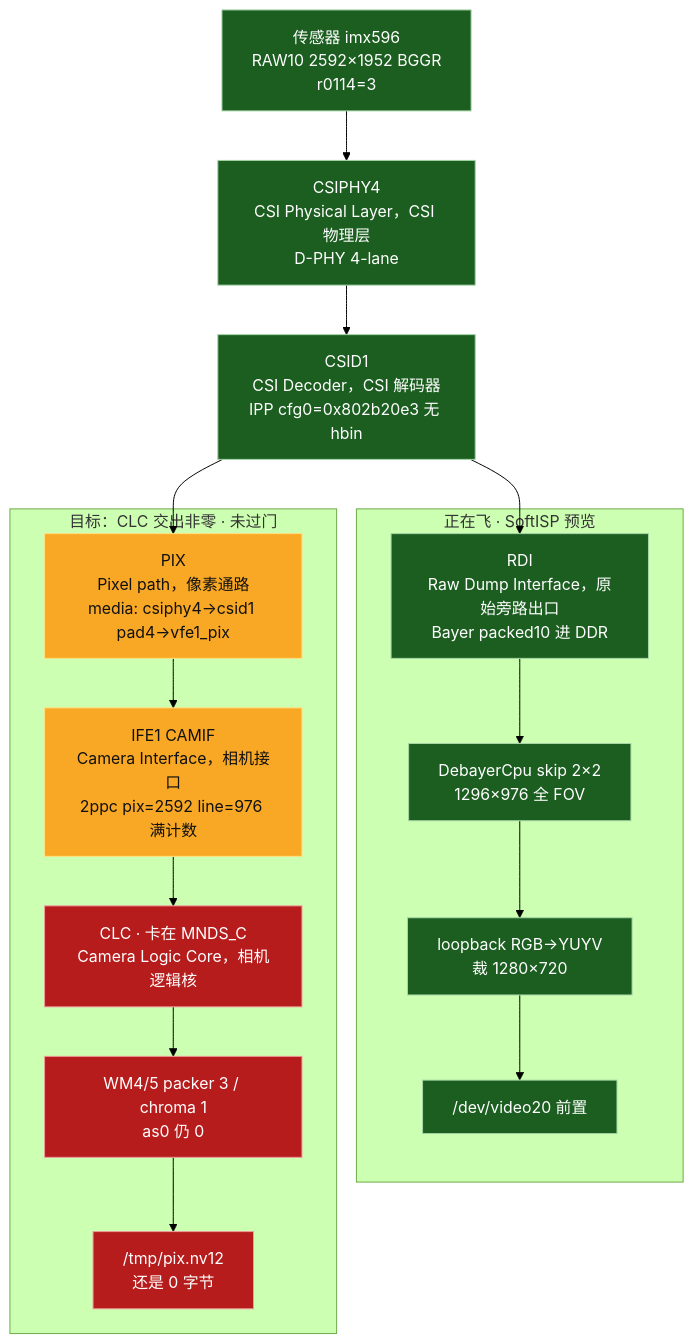
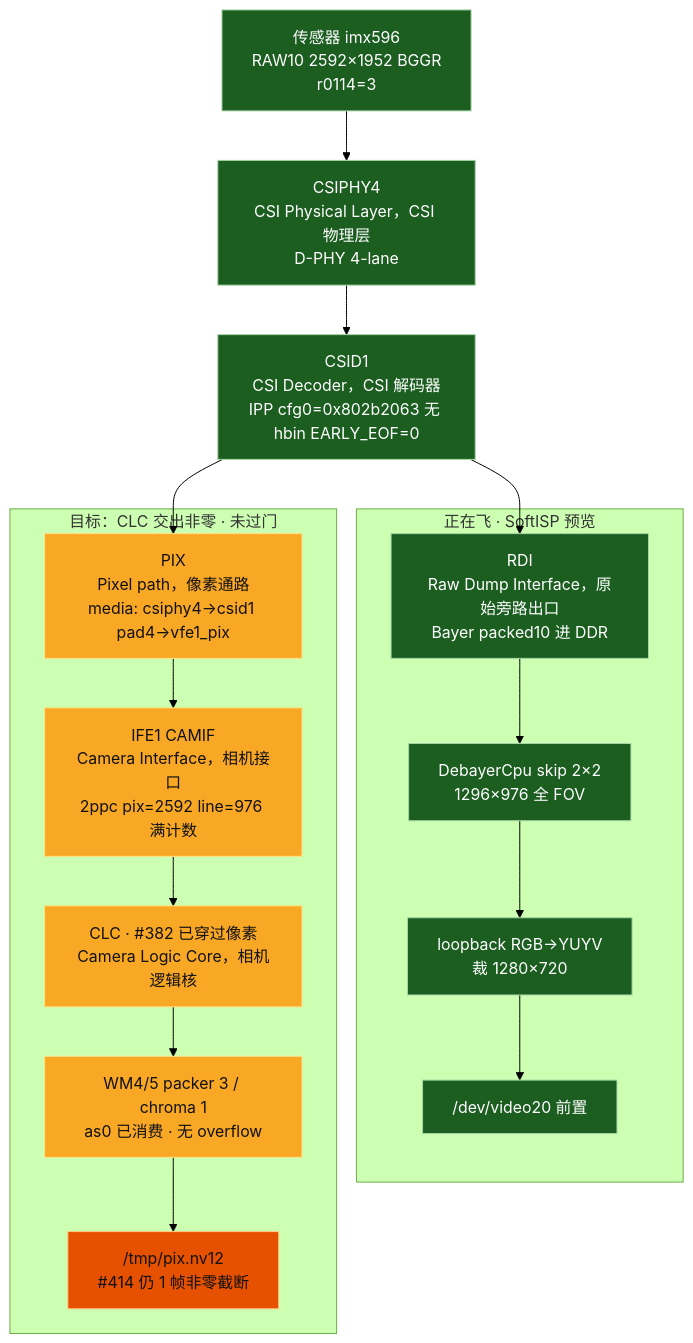
Before and after one commit to Huabin1010/dagu-mainline-linux: the second of 5 diagrams in linux-mainline/docs/dagu-ife-front-pipeline-status.md, drawn with Mermaid (forest theme). The commit also changed other lines of this file and 11 other files, not shown here.

First line of the commit message:
fix: keep front CSID overflow recover off for a second SOF

````diff
--- a/linux-mainline/docs/dagu-ife-front-pipeline-status.md
+++ b/linux-mainline/docs/dagu-ife-front-pipeline-status.md
@@ -52,36 +78,37 @@
 ```mermaid
 flowchart TB
   SEN["传感器 imx596<br/>RAW10 2592×1952 BGGR<br/>r0114=3"]
   PHY["CSIPHY4<br/>CSI Physical Layer，CSI 物理层<br/>D-PHY 4-lane"]
-  CSID["CSID1<br/>CSI Decoder，CSI 解码器<br/>IPP cfg0=0x802b20e3 无 hbin"]
+  CSID["CSID1<br/>CSI Decoder，CSI 解码器<br/>IPP cfg0=0x802b2063 无 hbin EARLY_EOF=0"]
 
   SEN --> PHY --> CSID
 
   CSID --> RDI
   CSID --> PIX
 
   subgraph FLY["正在飞 · SoftISP 预览"]
     RDI["RDI<br/>Raw Dump Interface，原始旁路出口<br/>Bayer packed10 进 DDR"]
     CPU["DebayerCpu skip 2×2<br/>1296×976 全 FOV"]
     LOOP["loopback RGB→YUYV<br/>裁 1280×720"]
     VDEV["/dev/video20 前置"]
     RDI --> CPU --> LOOP --> VDEV
   end
 
   subgraph IFE["目标：CLC 交出非零 · 未过门"]
     PIX["PIX<br/>Pixel path，像素通路<br/>media: csiphy4→csid1 pad4→vfe1_pix"]
     CAMIF["IFE1 CAMIF<br/>Camera Interface，相机接口<br/>2ppc pix=2592 line=976 满计数"]
-    CLC["CLC · 卡在 MNDS_C<br/>Camera Logic Core，相机逻辑核"]
-    PACK["WM4/5 packer 3 / chroma 1<br/>as0 仍 0"]
-    DDR["/tmp/pix.nv12<br/>还是 0 字节"]
+    CLC["CLC · #382 已穿过像素<br/>Camera Logic Core，相机逻辑核"]
+    PACK["WM4/5 packer 3 / chroma 1<br/>as0 已消费 · 无 overflow"]
+    DDR["/tmp/pix.nv12<br/>#414 仍 1 帧非零截断"]
     PIX --> CAMIF --> CLC --> PACK --> DDR
   end
 
   class SEN,PHY,CSID,RDI,CPU,LOOP,VDEV ok
-  class PIX,CAMIF warn
-  class CLC,PACK,DDR stuck
+  class PIX,CAMIF,CLC,PACK warn
+  class DDR gap
 
   classDef ok fill:#1b5e20,stroke:#a5d6a7,color:#fff
   classDef warn fill:#f9a825,stroke:#ffe082,color:#111
   classDef stuck fill:#b71c1c,stroke:#ef9a9a,color:#fff
+  classDef gap fill:#e65100,stroke:#ffcc80,color:#111
 ```
````
